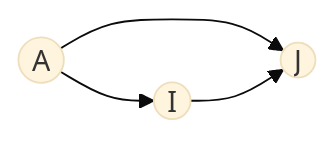
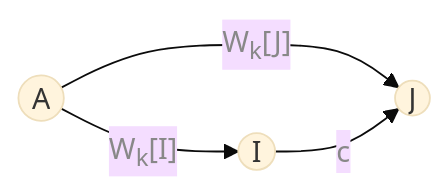
Before and after one commit to CHOYUNSIG/algorithm_with_bojtag: the first of 3 diagrams in public/post/bellman_ford.md, drawn with Mermaid (base theme). The commit also changed other lines of this file and 14 other files, not shown here.

```diff
--- a/public/post/bellman_ford.md
+++ b/public/post/bellman_ford.md
@@ -15,10 +13,10 @@
 <pre class="mermaid">
     graph LR
-    A -- <span class="mathjax mj1"></span> --> I
-    A -- <span class="mathjax mj2"></span> --> J
-    I -- <span class="mathjax mj3"></span> --> J
+    A -- <p style="color: #888">W<sub>k</sub>[I]</p> --> I
+    A -- <p style="color: #888">W<sub>k</sub>[J]</p> --> J
+    I -- <p style="color: #888">c</p> --> J
 
     A((A))
     I((I))
     J((J))
 </pre>
```
